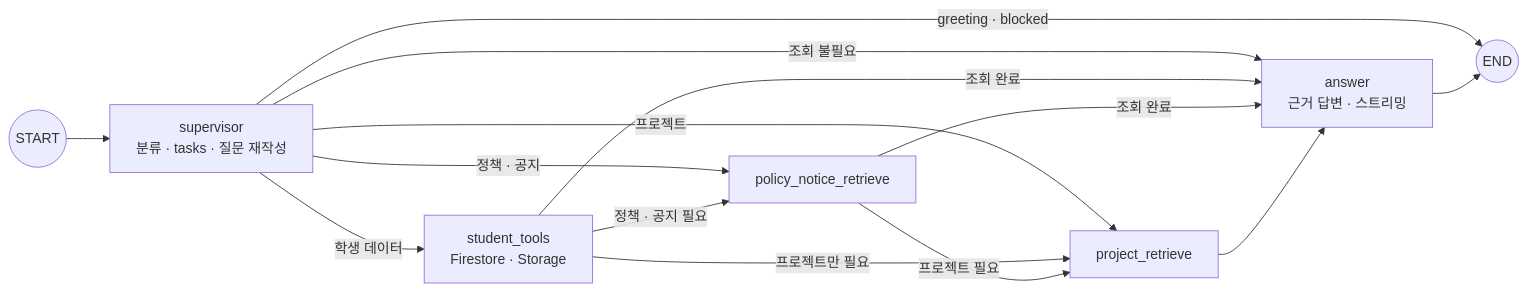
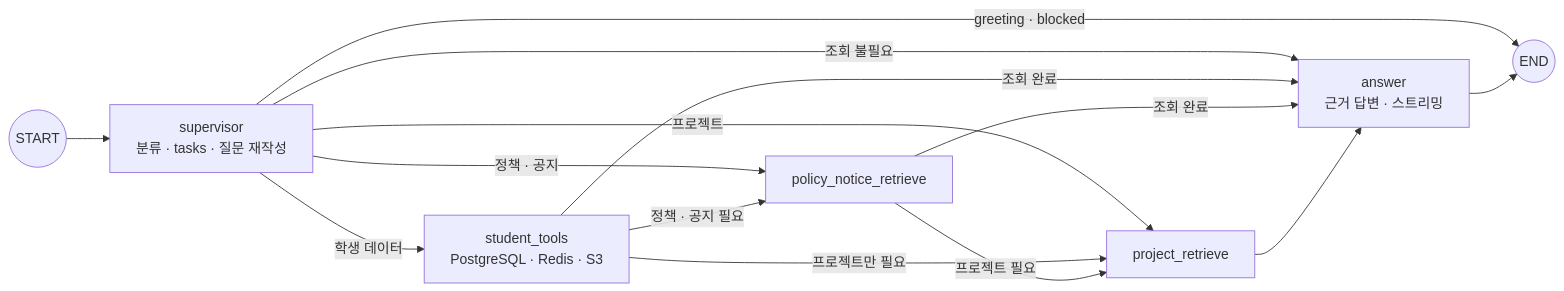
The diagram in chatbot/README.md (SKNETWORKS-FAMILY-AICAMP/SKN34-4th-2Team), drawn with Mermaid before and after one commit. The commit also changed other lines of this file and 16 other files, not shown here.

````diff
--- a/chatbot/README.md
+++ b/chatbot/README.md
@@ -18,16 +24,16 @@
 ```mermaid
 flowchart LR
   START((START)) --> SV["supervisor<br>분류 · tasks · 질문 재작성"]
   SV -->|greeting · blocked| END((END))
-  SV -->|학생 데이터| ST["student_tools<br>Firestore · Storage"]
+  SV -->|학생 데이터| ST["student_tools<br>PostgreSQL · Redis · S3"]
   SV -->|정책 · 공지| PN["policy_notice_retrieve"]
   SV -->|프로젝트| PR["project_retrieve"]
   SV -->|조회 불필요| AN["answer<br>근거 답변 · 스트리밍"]
   ST -->|정책 · 공지 필요| PN
   ST -->|프로젝트만 필요| PR
   ST -->|조회 완료| AN
   PN -->|프로젝트 필요| PR
   PN -->|조회 완료| AN
   PR --> AN
   AN --> END
 ```
````
